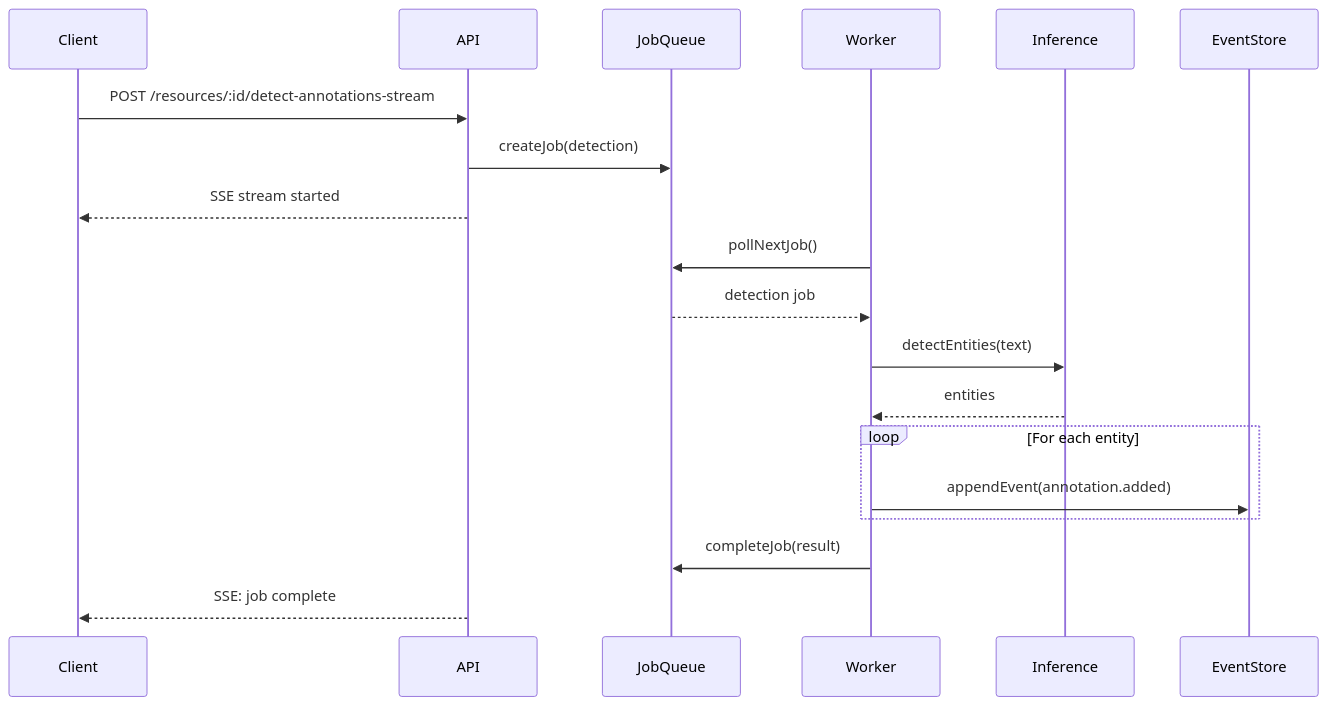
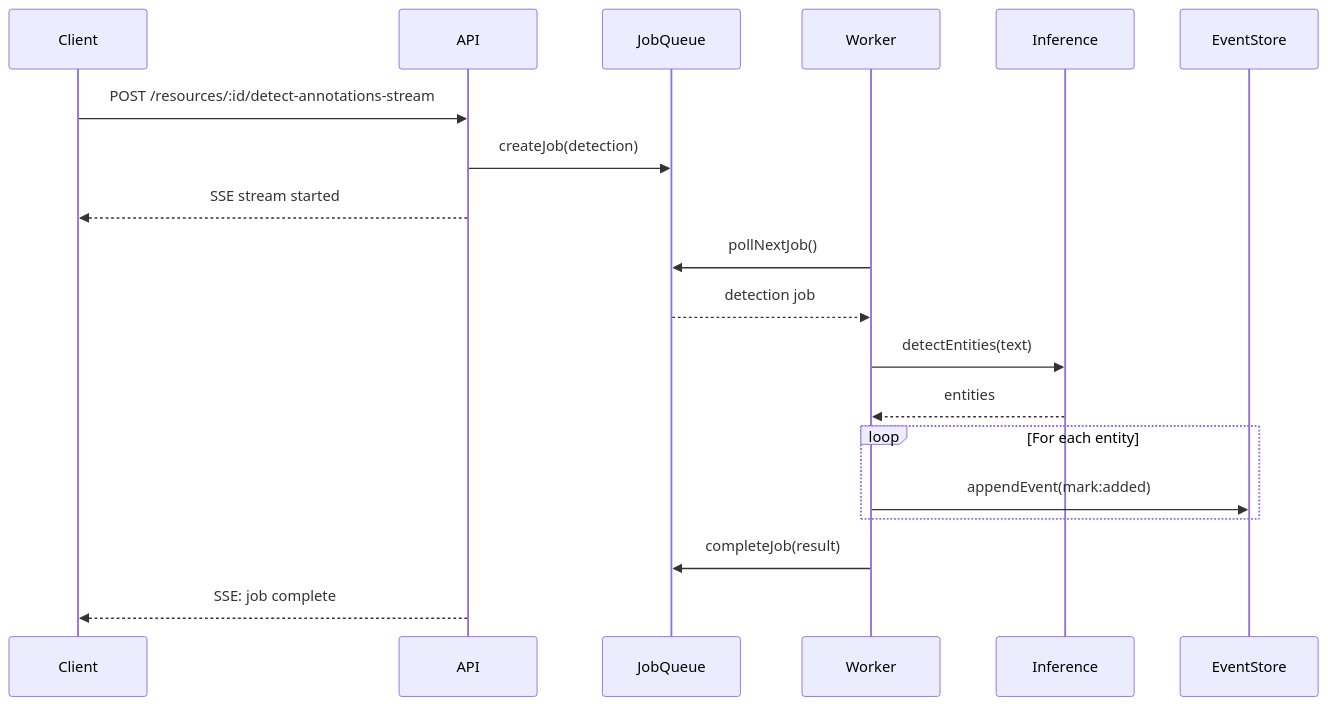
The fifth of 7 diagrams in apps/backend/docs/DATA-FLOW.md (The-AI-Alliance/semiont), drawn with Mermaid before and after one commit. The commit also changed other lines of this file and 123 other files, not shown here.

````diff
--- a/apps/backend/docs/DATA-FLOW.md
+++ b/apps/backend/docs/DATA-FLOW.md
@@ -129,22 +129,22 @@
 ```mermaid
 sequenceDiagram
     participant Client
     participant API
     participant JobQueue
     participant Worker
     participant Inference
     participant EventStore
 
     Client->>API: POST /resources/:id/detect-annotations-stream
     API->>JobQueue: createJob(detection)
     API-->>Client: SSE stream started
     Worker->>JobQueue: pollNextJob()
     JobQueue-->>Worker: detection job
     Worker->>Inference: detectEntities(text)
     Inference-->>Worker: entities
     loop For each entity
-        Worker->>EventStore: appendEvent(annotation.added)
+        Worker->>EventStore: appendEvent(mark:added)
     end
     Worker->>JobQueue: completeJob(result)
     API-->>Client: SSE: job complete
 ```
````
